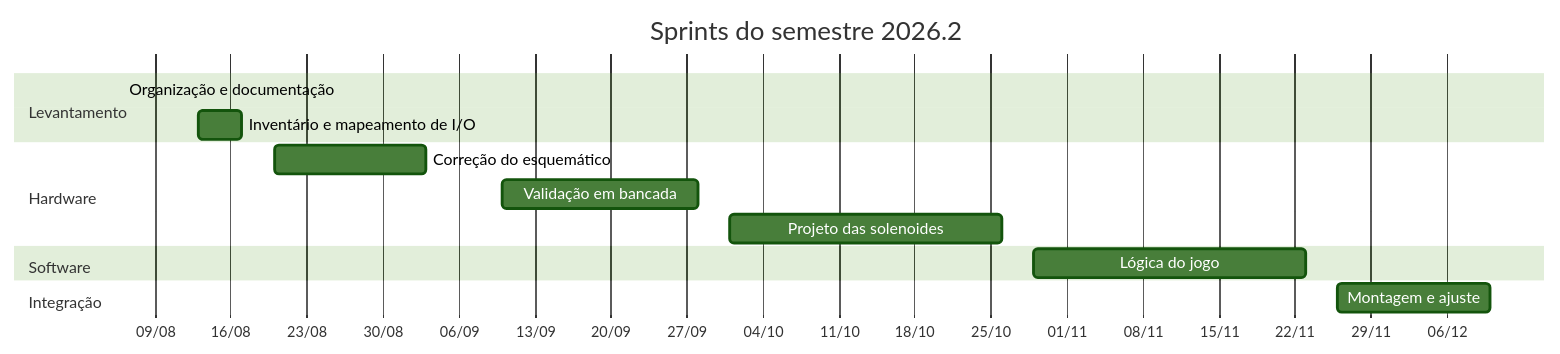
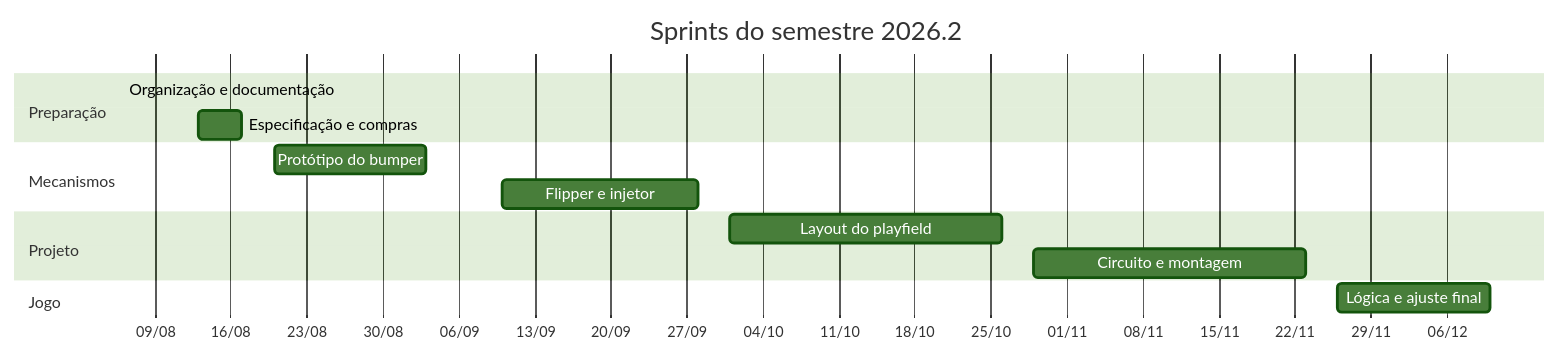
The diagram in docs/10-plano-do-semestre.md (vgguerra/PJI-II-Pinball), drawn with Mermaid (forest theme) before and after one commit. The commit also changed other lines of this file and 4 other files, not shown here.

````diff
--- a/docs/10-plano-do-semestre.md
+++ b/docs/10-plano-do-semestre.md
@@ -222,21 +196,21 @@
 ```mermaid
 gantt
     dateFormat YYYY-MM-DD
     axisFormat %d/%m
     title Sprints do semestre 2026.2
 
-    section Levantamento
+    section Preparação
     Organização e documentação          :s0a, 2026-08-06, 2026-08-06
-    Inventário e mapeamento de I/O      :s0b, 2026-08-13, 2026-08-17
+    Especificação e compras             :s0b, 2026-08-13, 2026-08-17
 
-    section Hardware
-    Correção do esquemático             :s1, 2026-08-20, 2026-09-03
-    Validação em bancada                :s2, 2026-09-10, 2026-09-28
-    Projeto das solenoides              :s3, 2026-10-01, 2026-10-26
+    section Mecanismos
+    Protótipo do bumper                 :s1, 2026-08-20, 2026-09-03
+    Flipper e injetor                   :s2, 2026-09-10, 2026-09-28
 
-    section Software
-    Lógica do jogo                      :s4, 2026-10-29, 2026-11-23
+    section Projeto
+    Layout do playfield                 :s3, 2026-10-01, 2026-10-26
+    Circuito e montagem                 :s4, 2026-10-29, 2026-11-23
 
-    section Integração
-    Montagem e ajuste                   :s5, 2026-11-26, 2026-12-10
+    section Jogo
+    Lógica e ajuste final               :s5, 2026-11-26, 2026-12-10
 ```
````
